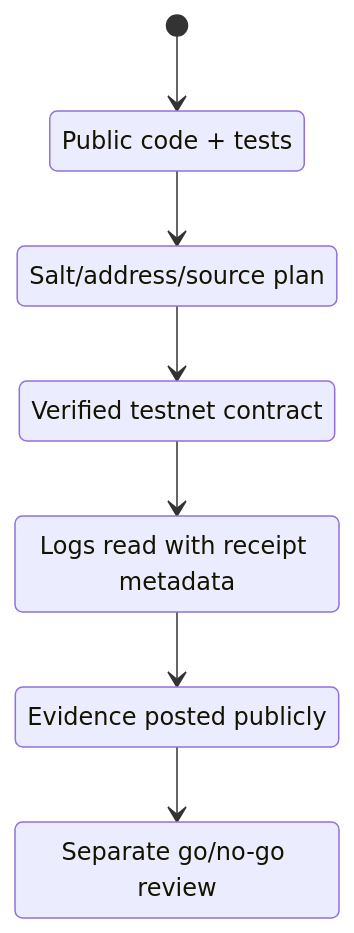
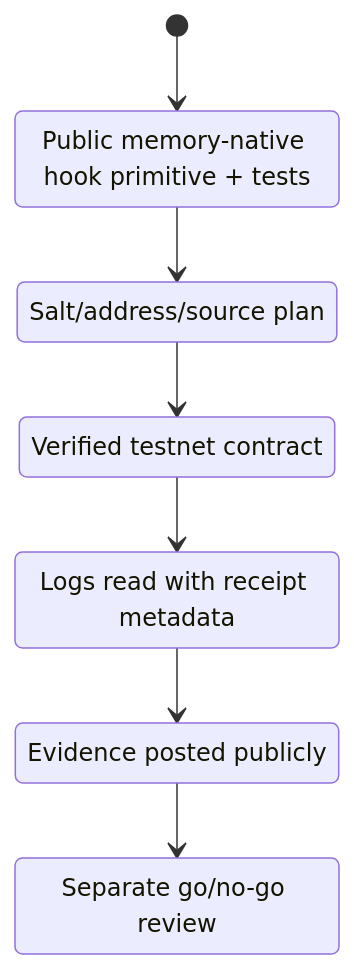
Before and after one commit to FlowmemoryAI/flowmemory-uniswap-v4-hooks: the first of 2 diagrams in docs/PUBLIC_RELEASE_PATH.md, drawn with Mermaid. The commit also changed other lines of this file and 22 other files, not shown here.

Commit message:
Reposition hook repo as memory-native primitive

````diff
--- a/docs/PUBLIC_RELEASE_PATH.md
+++ b/docs/PUBLIC_RELEASE_PATH.md
@@ -9,16 +11,16 @@
 ```mermaid
 stateDiagram-v2
-    [*] --> ReferenceRepo
-    ReferenceRepo --> BaseSepoliaPlan
+    [*] --> PrimitiveRepo
+    PrimitiveRepo --> BaseSepoliaPlan
     BaseSepoliaPlan --> BaseSepoliaDeployed
     BaseSepoliaDeployed --> ReaderObserved
     ReaderObserved --> PublicCanary
     PublicCanary --> MainnetCandidate
 
-    ReferenceRepo: Public code + tests
+    PrimitiveRepo: Public memory-native hook primitive + tests
     BaseSepoliaPlan: Salt/address/source plan
     BaseSepoliaDeployed: Verified testnet contract
     ReaderObserved: Logs read with receipt metadata
     PublicCanary: Evidence posted publicly
     MainnetCandidate: Separate go/no-go review
 ```
````
